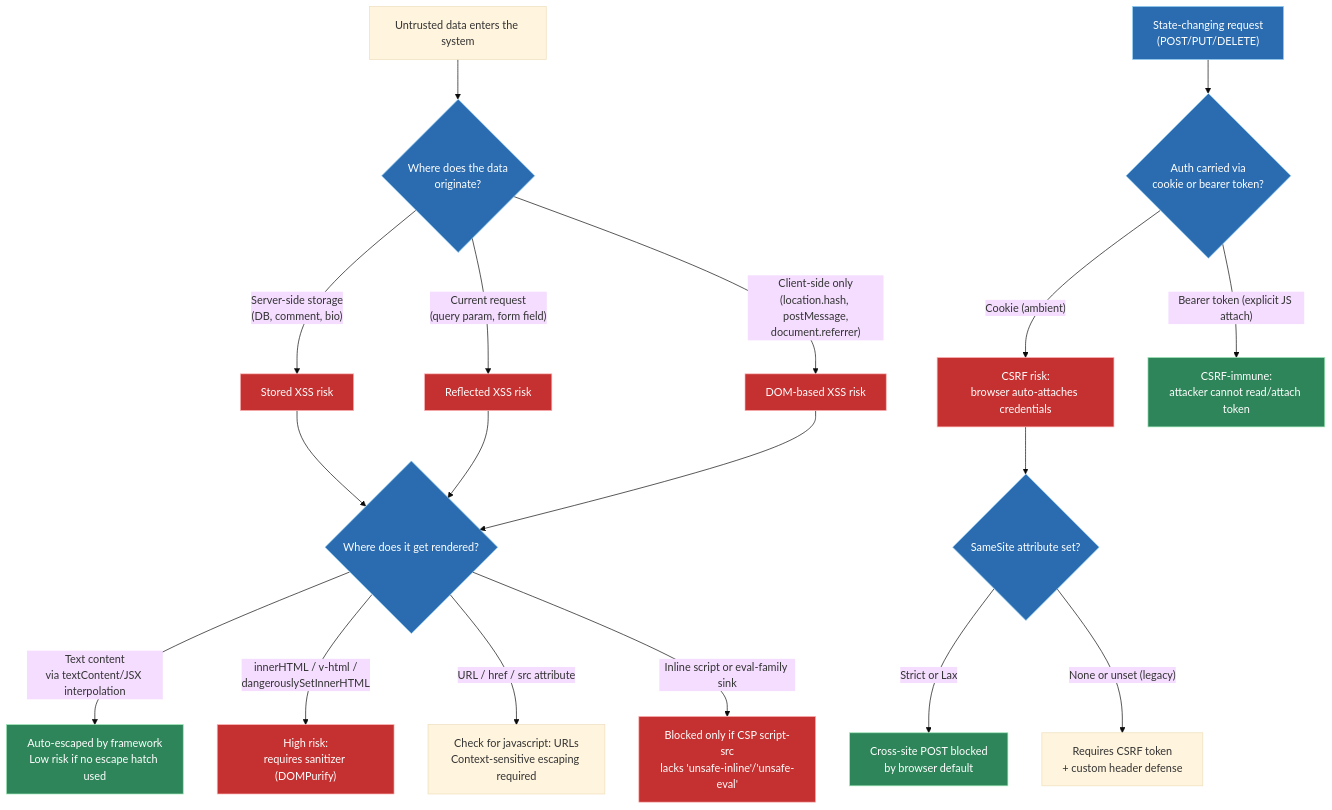
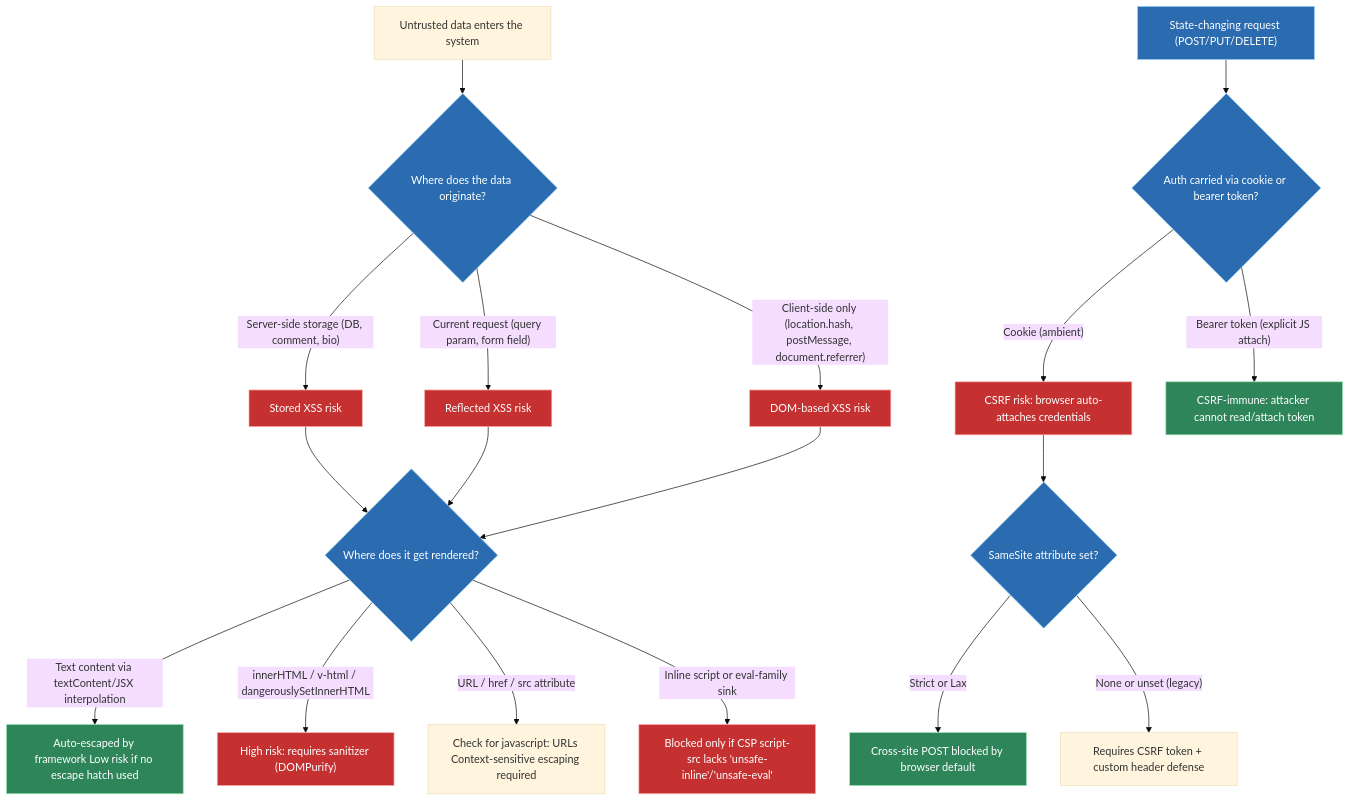
One commit to vinayakhumberi/litmus changed the first of 2 diagrams in data/topics/web-security.md. Above: the diagram before and after it, drawn with Mermaid (base theme). The commit also changed other lines of this file and 68 other files, not shown here.

````diff
--- a/data/topics/web-security.md
+++ b/data/topics/web-security.md
@@ -94,32 +94,32 @@
 ```mermaid
 graph TD
-    A["Untrusted data enters the system"] --> B{"Where does the data<br>originate?"}
-    B -- "Server-side storage<br>(DB, comment, bio)" --> C["Stored XSS risk"]
-    B -- "Current request<br>(query param, form field)" --> D["Reflected XSS risk"]
-    B -- "Client-side only<br>(location.hash, postMessage,<br>document.referrer)" --> E["DOM-based XSS risk"]
+    A["Untrusted data enters the system"] --> B{"Where does the data originate?"}
+    B -- "Server-side storage (DB, comment, bio)" --> C["Stored XSS risk"]
+    B -- "Current request (query param, form field)" --> D["Reflected XSS risk"]
+    B -- "Client-side only (location.hash, postMessage, document.referrer)" --> E["DOM-based XSS risk"]
 
     C --> F{"Where does it get rendered?"}
     D --> F
     E --> F
 
-    F -- "Text content<br>via textContent/JSX interpolation" --> G["Auto-escaped by framework<br>Low risk if no escape hatch used"]
-    F -- "innerHTML / v-html /<br>dangerouslySetInnerHTML" --> H["High risk:<br>requires sanitizer (DOMPurify)"]
-    F -- "URL / href / src attribute" --> I["Check for javascript: URLs<br>Context-sensitive escaping required"]
-    F -- "Inline script or eval-family sink" --> J["Blocked only if CSP script-src<br>lacks 'unsafe-inline'/'unsafe-eval'"]
+    F -- "Text content via textContent/JSX interpolation" --> G["Auto-escaped by framework Low risk if no escape hatch used"]
+    F -- "innerHTML / v-html / dangerouslySetInnerHTML" --> H["High risk: requires sanitizer (DOMPurify)"]
+    F -- "URL / href / src attribute" --> I["Check for javascript: URLs Context-sensitive escaping required"]
+    F -- "Inline script or eval-family sink" --> J["Blocked only if CSP script-src lacks 'unsafe-inline'/'unsafe-eval'"]
 
-    K["State-changing request<br>(POST/PUT/DELETE)"] --> L{"Auth carried via<br>cookie or bearer token?"}
-    L -- "Cookie (ambient)" --> M["CSRF risk:<br>browser auto-attaches credentials"]
-    L -- "Bearer token (explicit JS attach)" --> N["CSRF-immune:<br>attacker cannot read/attach token"]
+    K["State-changing request (POST/PUT/DELETE)"] --> L{"Auth carried via cookie or bearer token?"}
+    L -- "Cookie (ambient)" --> M["CSRF risk: browser auto-attaches credentials"]
+    L -- "Bearer token (explicit JS attach)" --> N["CSRF-immune: attacker cannot read/attach token"]
 
     M --> O{"SameSite attribute set?"}
-    O -- "Strict or Lax" --> P["Cross-site POST blocked<br>by browser default"]
-    O -- "None or unset (legacy)" --> Q["Requires CSRF token<br>+ custom header defense"]
+    O -- "Strict or Lax" --> P["Cross-site POST blocked by browser default"]
+    O -- "None or unset (legacy)" --> Q["Requires CSRF token + custom header defense"]
 
     classDef risk fill:#c53030,stroke:#feb2b2,color:#fff
     classDef safe fill:#2f855a,stroke:#9ae6b4,color:#fff
     classDef decision fill:#2b6cb0,stroke:#90cdf4,color:#fff
 
     class C,D,E,H,J,M risk
     class G,N,P safe
     class B,F,K,L,O decision
 ```
````
